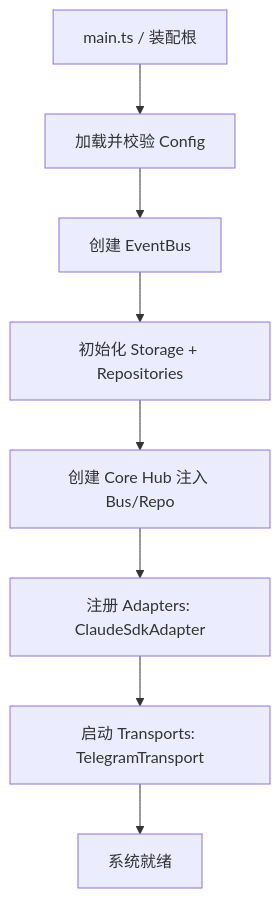
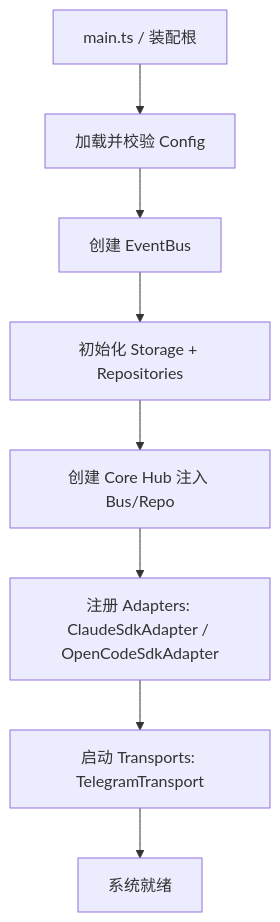
Diagram 14 of 15 in docs/02-Architecture.md (ygq-future/ai-cli-hub), drawn with Mermaid before and after one commit. The commit also changed other lines of this file and 32 other files, not shown here.

````diff
--- a/docs/02-Architecture.md
+++ b/docs/02-Architecture.md
@@ -611,10 +614,10 @@
 ```mermaid
 flowchart TD
     ENTRY[main.ts / 装配根] --> CFG[加载并校验 Config]
     CFG --> BUS[创建 EventBus]
     BUS --> DB[初始化 Storage + Repositories]
     DB --> CORE[创建 Core Hub 注入 Bus/Repo]
-    CORE --> REG[注册 Adapters: ClaudeSdkAdapter]
+    CORE --> REG[注册 Adapters: ClaudeSdkAdapter / OpenCodeSdkAdapter]
     REG --> TP[启动 Transports: TelegramTransport]
     TP --> READY[系统就绪]
 ```
````
